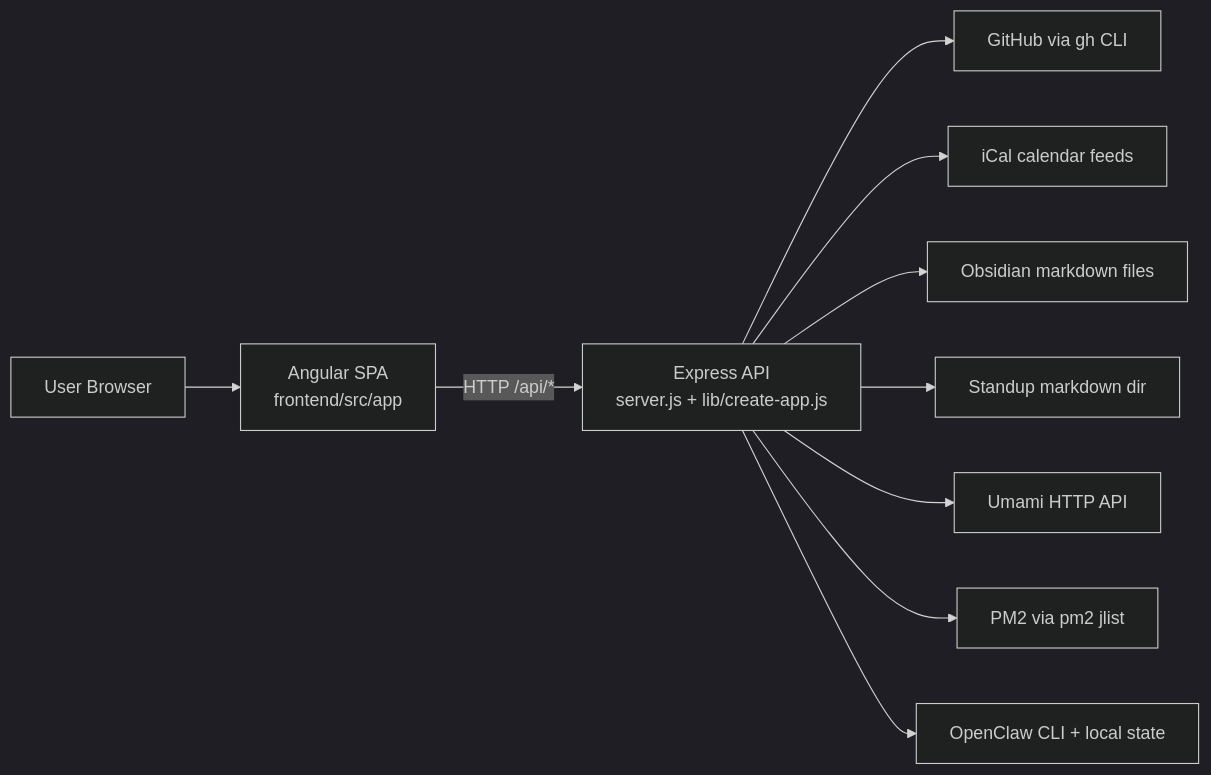
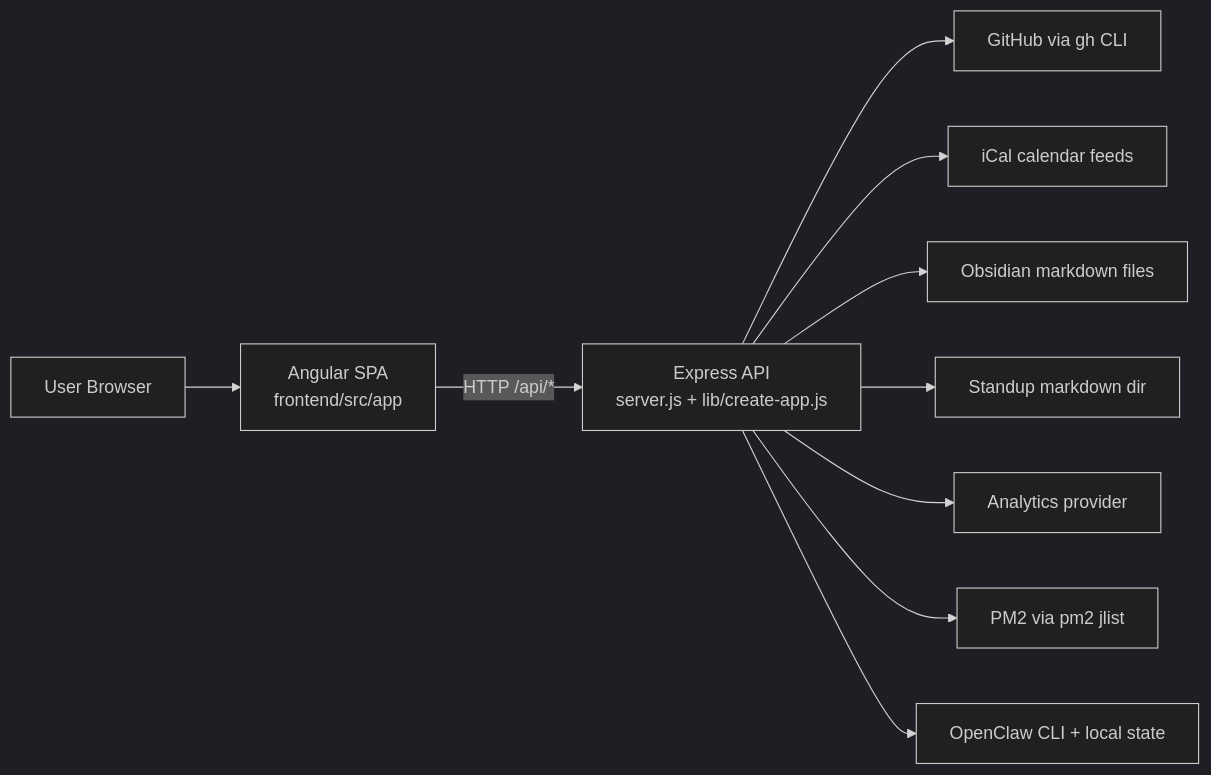
The first of 6 diagrams in docs/System-Design.md (DamageLabs/command-center), drawn with Mermaid (dark theme) before and after one commit. The commit also changed other lines of this file, not shown here.

Commit message:
docs: remove analytics provider specifics from system design

````diff
--- a/docs/System-Design.md
+++ b/docs/System-Design.md
@@ -48,24 +48,24 @@
 ```mermaid
 flowchart LR
   User[User Browser]
   Angular[Angular SPA\nfrontend/src/app]
   API[Express API\nserver.js + lib/create-app.js]
 
   GH[GitHub via gh CLI]
   CAL[iCal calendar feeds]
   OBS[Obsidian markdown files]
   STANDUP[Standup markdown dir]
-  UMAMI[Umami HTTP API]
+  ANALYTICS[Analytics provider]
   PM2[PM2 via pm2 jlist]
   OC[OpenClaw CLI + local state]
 
   User --> Angular
   Angular -->|HTTP /api/*| API
   API --> GH
   API --> CAL
   API --> OBS
   API --> STANDUP
-  API --> UMAMI
+  API --> ANALYTICS
   API --> PM2
   API --> OC
 ```
````
